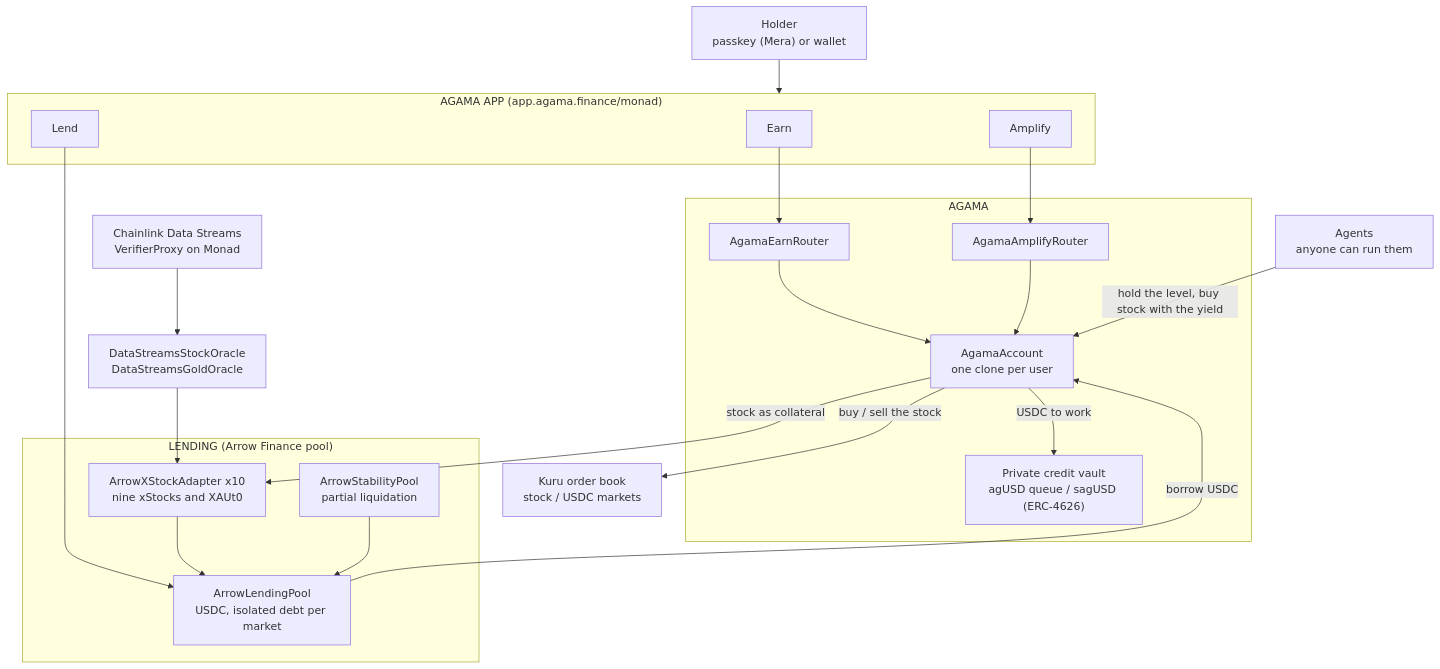
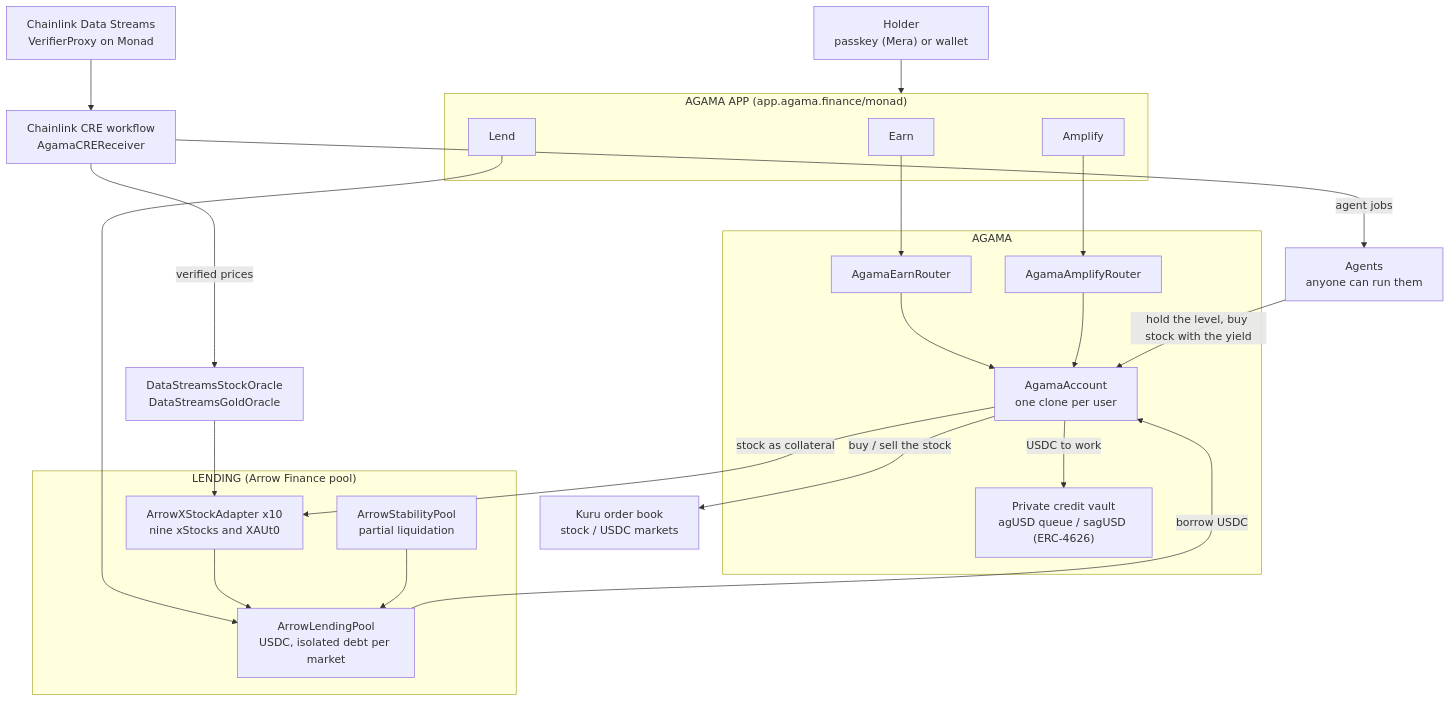
Before and after one commit to agamafinance/agama-monad: the diagram in README.md, drawn with Mermaid. The commit also changed other lines of this file and 2 other files, not shown here.

Commit message:
docs: the keeper is a Chainlink CRE workflow

````diff
--- a/README.md
+++ b/README.md
@@ -105,36 +116,39 @@
 ```mermaid
 flowchart TB
     USER["Holder<br/>passkey (Mera) or wallet"]
     subgraph app["AGAMA APP (app.agama.finance/monad)"]
         EARN["Earn"]
         AMP["Amplify"]
         LEND["Lend"]
     end
     subgraph agama["AGAMA"]
         ER["AgamaEarnRouter"]
         AR["AgamaAmplifyRouter"]
         AC["AgamaAccount<br/>one clone per user"]
         VAULT["Private credit vault<br/>agUSD queue / sagUSD (ERC-4626)"]
     end
     subgraph arrow["LENDING (Arrow Finance pool)"]
         POOL["ArrowLendingPool<br/>USDC, isolated debt per market"]
         XA["ArrowXStockAdapter x10<br/>nine xStocks and XAUt0"]
         SP["ArrowStabilityPool<br/>partial liquidation"]
     end
     KURU["Kuru order book<br/>stock / USDC markets"]
     ORACLE["DataStreamsStockOracle<br/>DataStreamsGoldOracle"]
     CL["Chainlink Data Streams<br/>VerifierProxy on Monad"]
+    CRE["Chainlink CRE workflow<br/>AgamaCREReceiver"]
     AGENTS["Agents<br/>anyone can run them"]
 
     USER --> app
     EARN --> ER --> AC
     AMP --> AR --> AC
     LEND --> POOL
     AC -->|"stock as collateral"| XA --> POOL
     POOL -->|"borrow USDC"| AC
     AC -->|"USDC to work"| VAULT
     AC -->|"buy / sell the stock"| KURU
     SP --> POOL
     AGENTS -->|"hold the level, buy stock with the yield"| AC
-    CL --> ORACLE --> XA
+    CL --> CRE
+    CRE -->|"verified prices"| ORACLE --> XA
+    CRE -->|"agent jobs"| AGENTS
 ```
````
